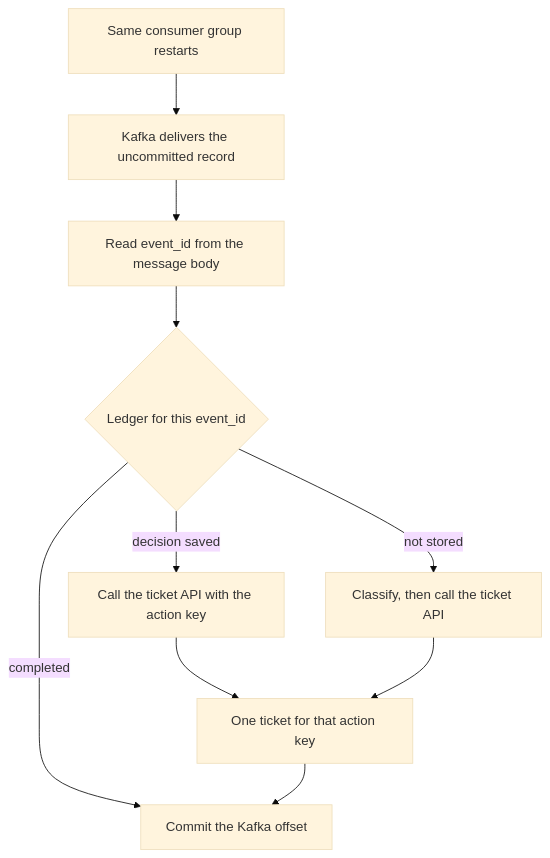
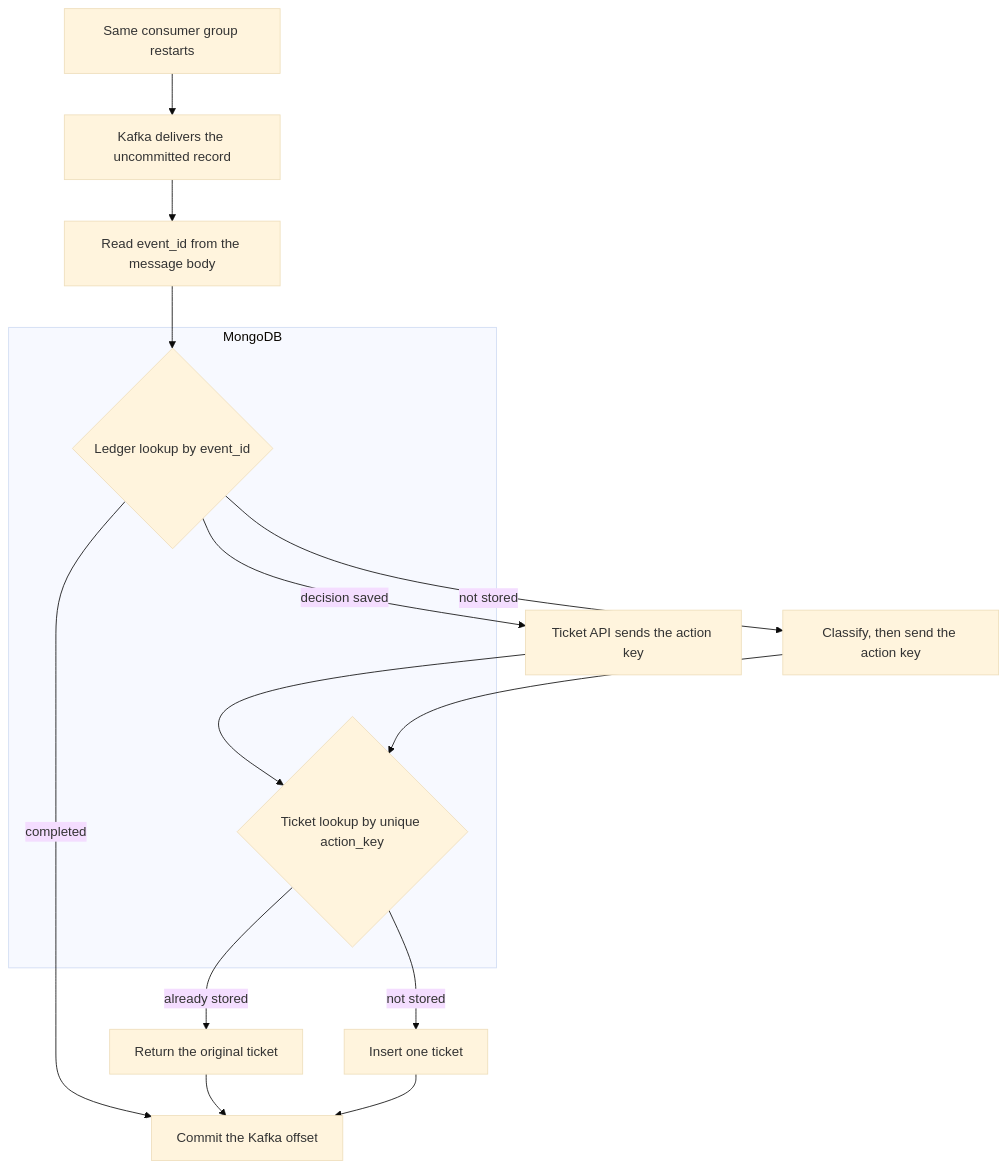
Before and after one commit to yangLiu57670838/kafka-replay-safe-agent: the second of 2 diagrams in README.md, drawn with Mermaid (base theme).

Commit message:
chore: refine the flow chart with database

````diff
--- a/README.md
+++ b/README.md
@@ -63,12 +63,21 @@
 ```mermaid
 flowchart TD
     restart["Same consumer group restarts"] --> deliver["Kafka delivers the uncommitted record"]
     deliver --> read["Read event_id from the message body"]
-    read --> ledger{"Ledger for this event_id"}
+
+    subgraph mongo ["MongoDB"]
+        ledger{"Ledger lookup by event_id"}
+        tickets{"Ticket lookup by unique action_key"}
+    end
+
+    read --> ledger
     ledger -->|completed| commit["Commit the Kafka offset"]
-    ledger -->|decision saved| ticketCall["Call the ticket API with the action key"]
-    ledger -->|not stored| infer["Classify, then call the ticket API"]
-    ticketCall --> one["One ticket for that action key"]
-    infer --> one
-    one --> commit
+    ledger -->|decision saved| api["Ticket API sends the action key"]
+    ledger -->|not stored| infer["Classify, then send the action key"]
+    api --> tickets
+    infer --> tickets
+    tickets -->|already stored| keep["Return the original ticket"]
+    tickets -->|not stored| insert["Insert one ticket"]
+    keep --> commit
+    insert --> commit
 ```
````
